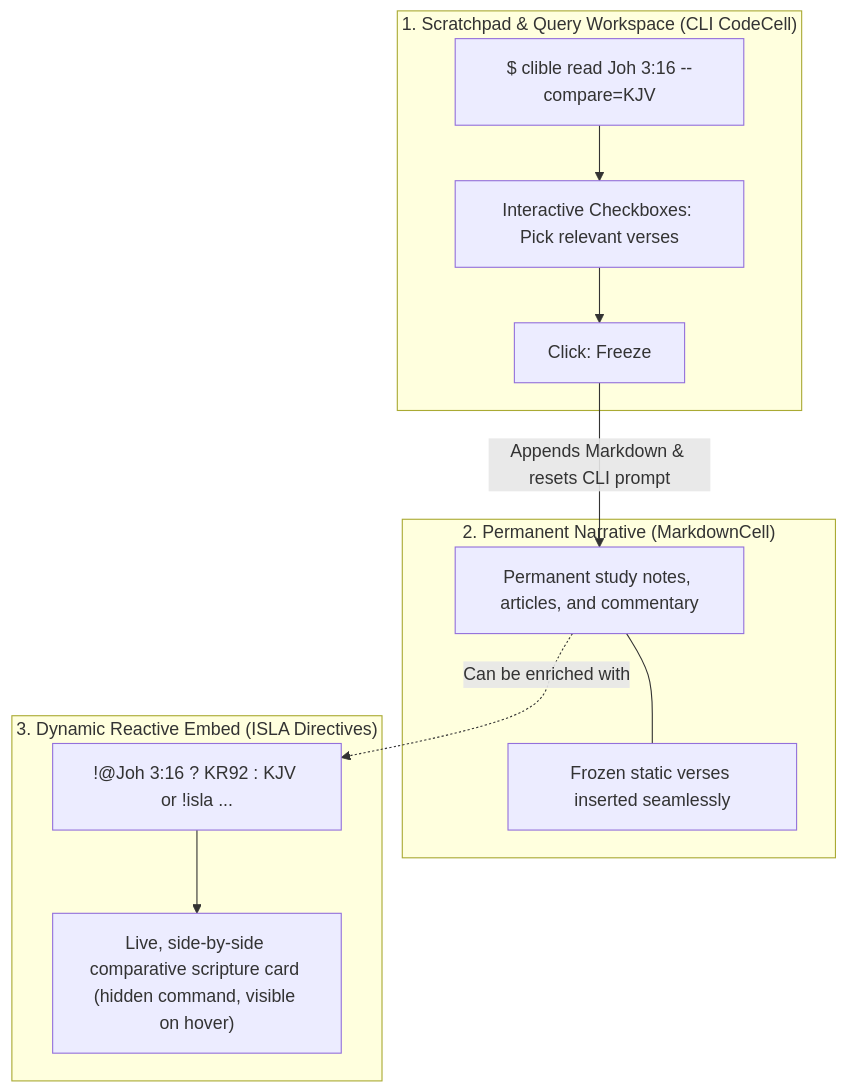
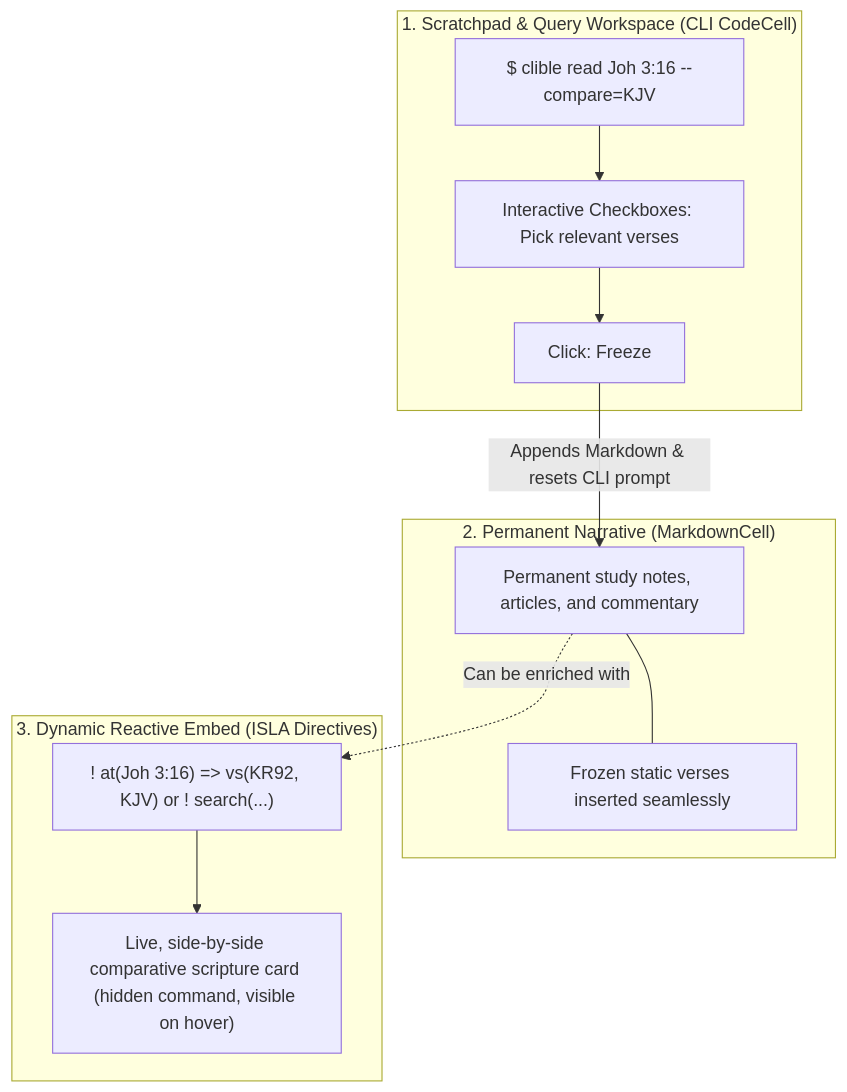
One commit to mvirtai/clible-v3-go changed the diagram in docs/guide/isla-guide.md. Above: the diagram before and after it, drawn with Mermaid. The commit also changed other lines of this file and 26 other files, not shown here.

````diff
--- a/docs/guide/isla-guide.md
+++ b/docs/guide/isla-guide.md
@@ -23,24 +23,24 @@
 ```mermaid
 flowchart TD
     subgraph Layer1 ["1. Scratchpad & Query Workspace (CLI CodeCell)"]
         CLI["$ clible read Joh 3:16 --compare=KJV"]
         CHECK["Interactive Checkboxes: Pick relevant verses"]
         FREEZE["Click: Freeze"]
         CLI --> CHECK --> FREEZE
     end
 
     subgraph Layer2 ["2. Permanent Narrative (MarkdownCell)"]
         NARRATIVE["Permanent study notes, articles, and commentary"]
         FROZEN["Frozen static verses inserted seamlessly"]
         NARRATIVE --- FROZEN
     end
 
     subgraph Layer3 ["3. Dynamic Reactive Embed (ISLA Directives)"]
-        EMBED["!@Joh 3:16 ? KR92 : KJV or !isla ..."]
+        EMBED["! at(Joh 3:16) => vs(KR92, KJV) or ! search(...)"]
         LIVE["Live, side-by-side comparative scripture card (hidden command, visible on hover)"]
         EMBED --> LIVE
     end
 
     FREEZE -->|"Appends Markdown & resets CLI prompt"| NARRATIVE
     NARRATIVE -.->|"Can be enriched with"| EMBED
 ```
````
